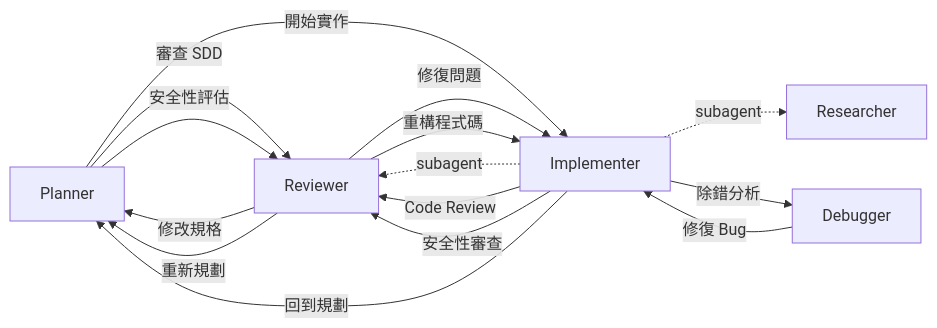
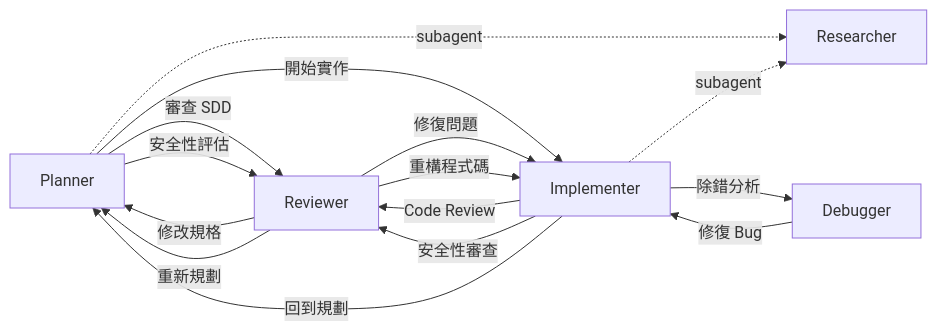
Before and after one commit to zexion7873/copilot-setting: the third of 3 diagrams in README.zh-TW.md, drawn with Mermaid. The commit also changed other lines of this file and 5 other files, not shown here.

First line of the commit message:
refactor(agents): Researcher as Haiku subagent for both Planner and Implementer

````diff
--- a/README.zh-TW.md
+++ b/README.zh-TW.md
@@ -121,20 +121,20 @@
 ```mermaid
 flowchart LR
     Planner -->|"審查 SDD"| Reviewer
     Planner -->|"開始實作"| Implementer
     Planner -->|"安全性評估"| Reviewer
+    Planner -.->|"subagent"| Researcher
 
     Implementer -.->|"subagent"| Researcher
-    Implementer -.->|"subagent"| Reviewer
     Implementer -->|"Code Review"| Reviewer
     Implementer -->|"安全性審查"| Reviewer
     Implementer -->|"除錯分析"| Debugger
     Implementer -->|"回到規劃"| Planner
 
     Reviewer -->|"修復問題"| Implementer
     Reviewer -->|"重構程式碼"| Implementer
     Reviewer -->|"修改規格"| Planner
     Reviewer -->|"重新規劃"| Planner
 
     Debugger -->|"修復 Bug"| Implementer
 ```
````
